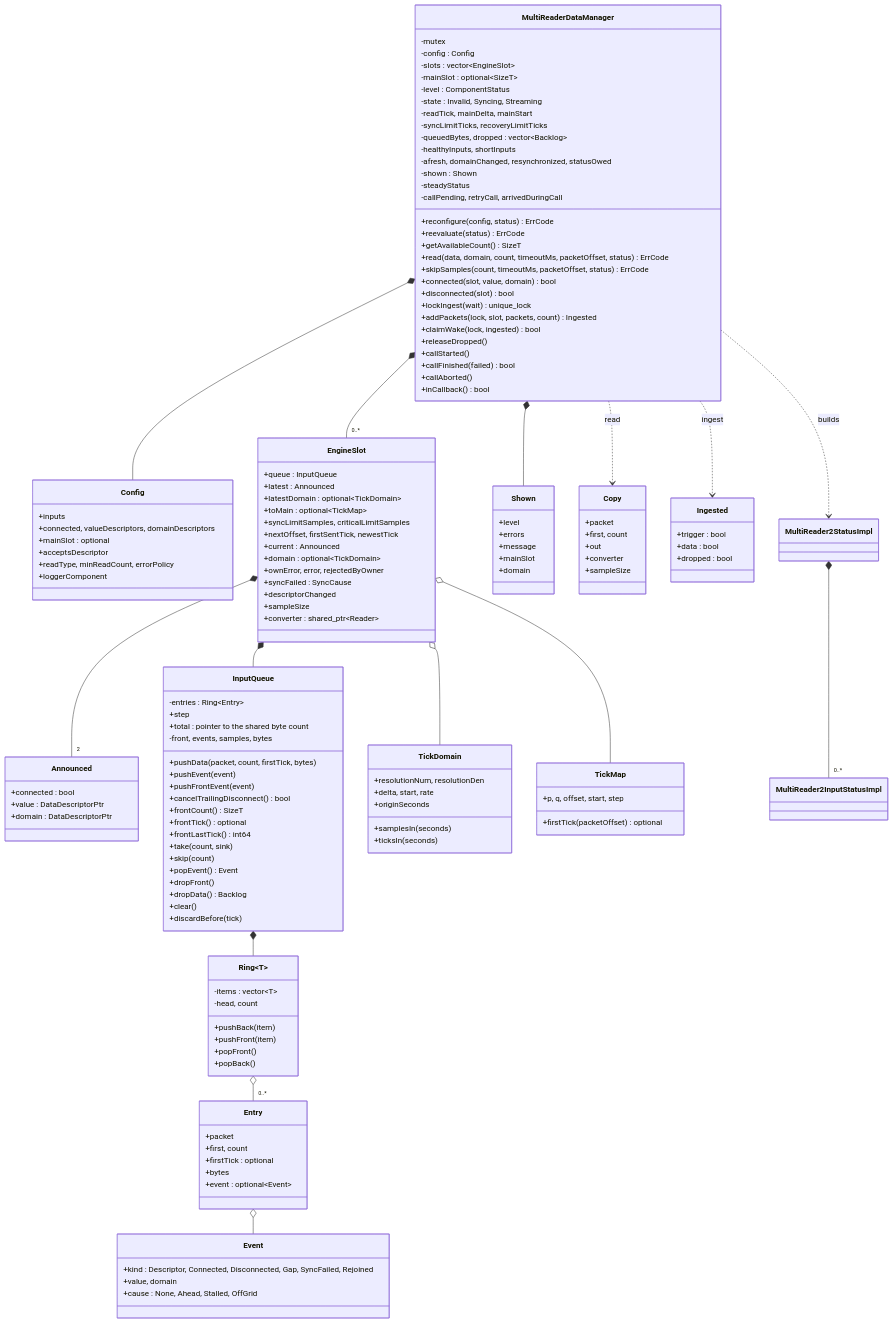
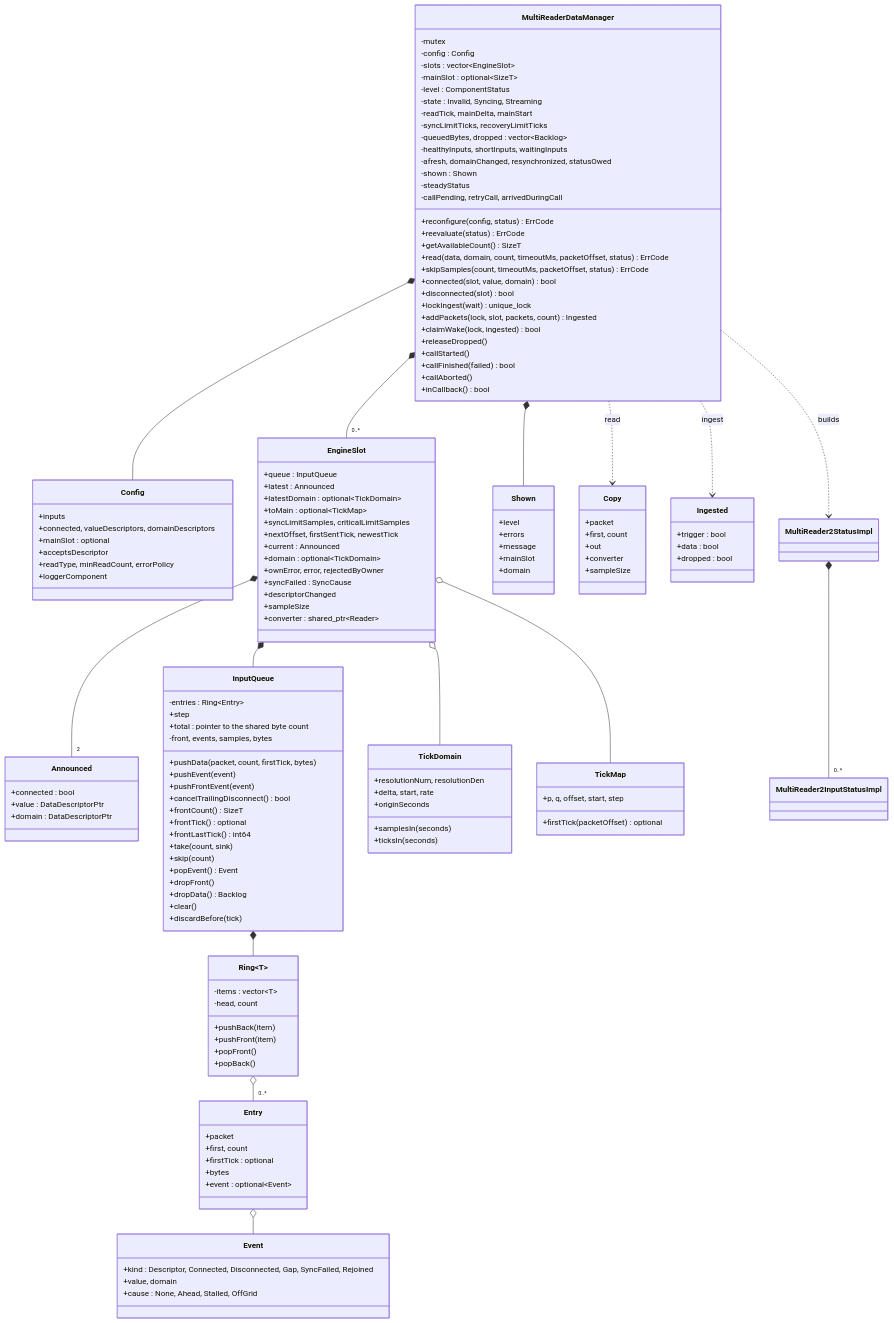
One commit to openDAQ/openDAQ changed the third of 15 diagrams in core/opendaq/reader/README_MULTI_READER2.md. Above: the diagram before and after it, drawn with Mermaid. The commit also changed other lines of this file and 2 other files, not shown here.

```diff
--- a/core/opendaq/reader/README_MULTI_READER2.md
+++ b/core/opendaq/reader/README_MULTI_READER2.md
@@ -299,7 +299,7 @@
         -readTick, mainDelta, mainStart
         -syncLimitTicks, recoveryLimitTicks
         -queuedBytes, dropped : vector~Backlog~
-        -healthyInputs, shortInputs
+        -healthyInputs, shortInputs, waitingInputs
         -afresh, domainChanged, resynchronized, statusOwed
         -shown : Shown
         -steadyStatus
```
